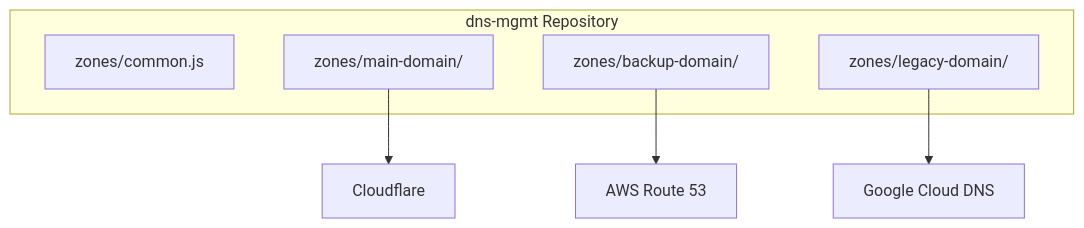
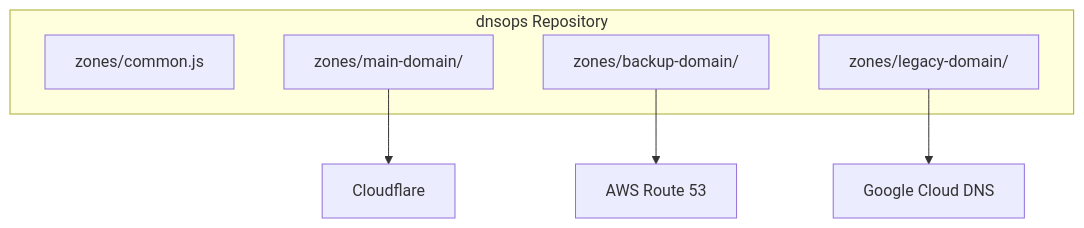
The second of 2 diagrams in README.md (nh4ttruong/dnsops), drawn with Mermaid before and after one commit. The commit also changed other lines of this file, not shown here.

Commit message:
docs: rename dns-mgmt to dnsops

````diff
--- a/README.md
+++ b/README.md
@@ -263,13 +263,13 @@
 ```mermaid
 flowchart TB
-    subgraph repo["dns-mgmt Repository"]
+    subgraph repo["dnsops Repository"]
         common[zones/common.js]
         zone1[zones/main-domain/]
         zone2[zones/backup-domain/]
         zone3[zones/legacy-domain/]
     end
     
     zone1 --> cf[Cloudflare]
     zone2 --> r53[AWS Route 53]
     zone3 --> gcp[Google Cloud DNS]
 ```
````
